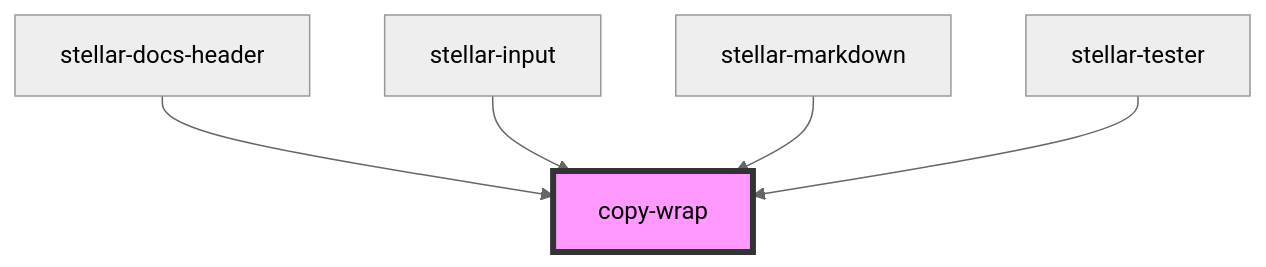
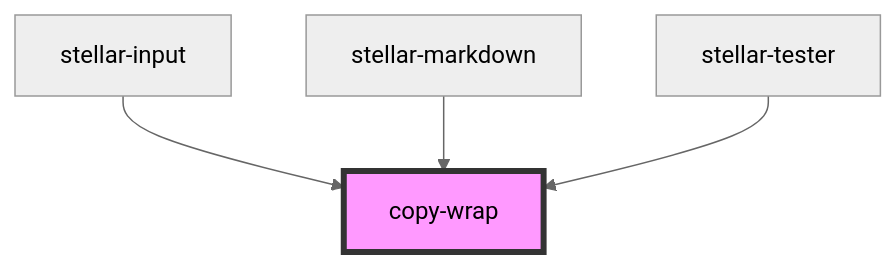
One commit to splitinfinities/Stellar changed the diagram in src/components/ui/copy-wrap/readme.md. Above: the diagram before and after it, drawn with Mermaid (neutral theme). The commit also changed other lines of this file and 58 other files, not shown here.

````diff
--- a/src/components/ui/copy-wrap/readme.md
+++ b/src/components/ui/copy-wrap/readme.md
@@ -42,8 +41,7 @@
 ```mermaid
 graph TD;
-  stellar-docs-header --> copy-wrap
   stellar-input --> copy-wrap
   stellar-markdown --> copy-wrap
   stellar-tester --> copy-wrap
   style copy-wrap fill:#f9f,stroke:#333,stroke-width:4px
 ```
````
